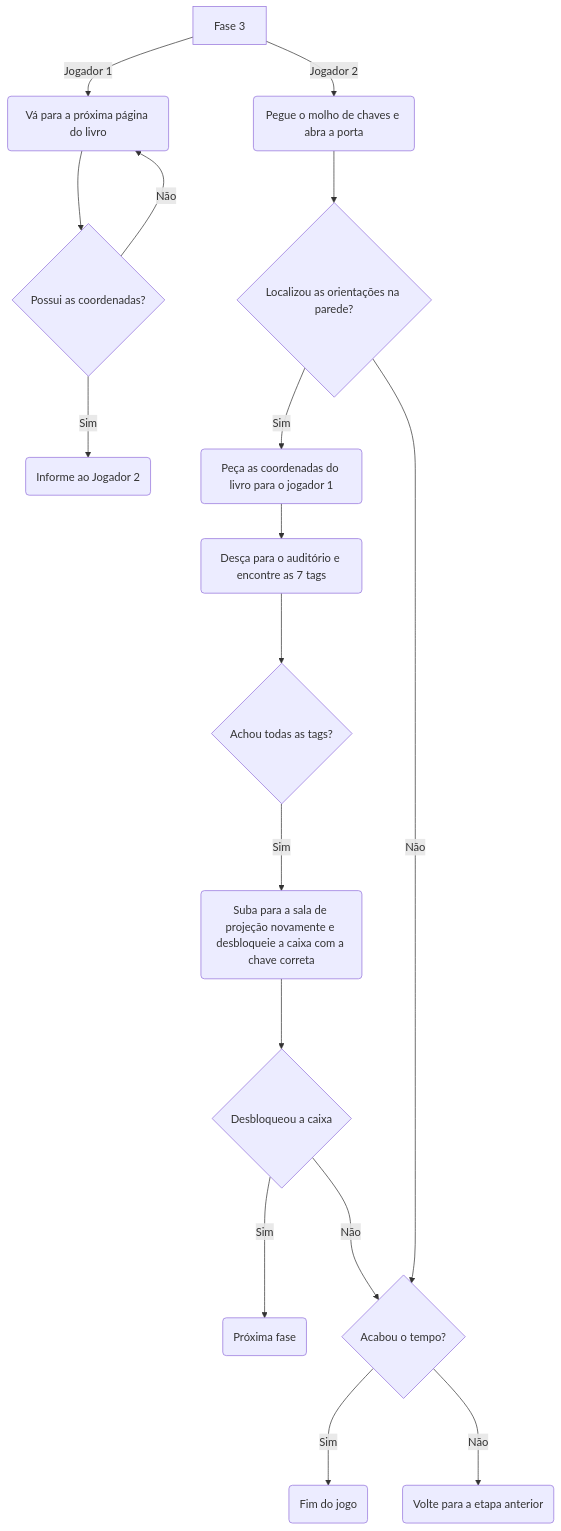
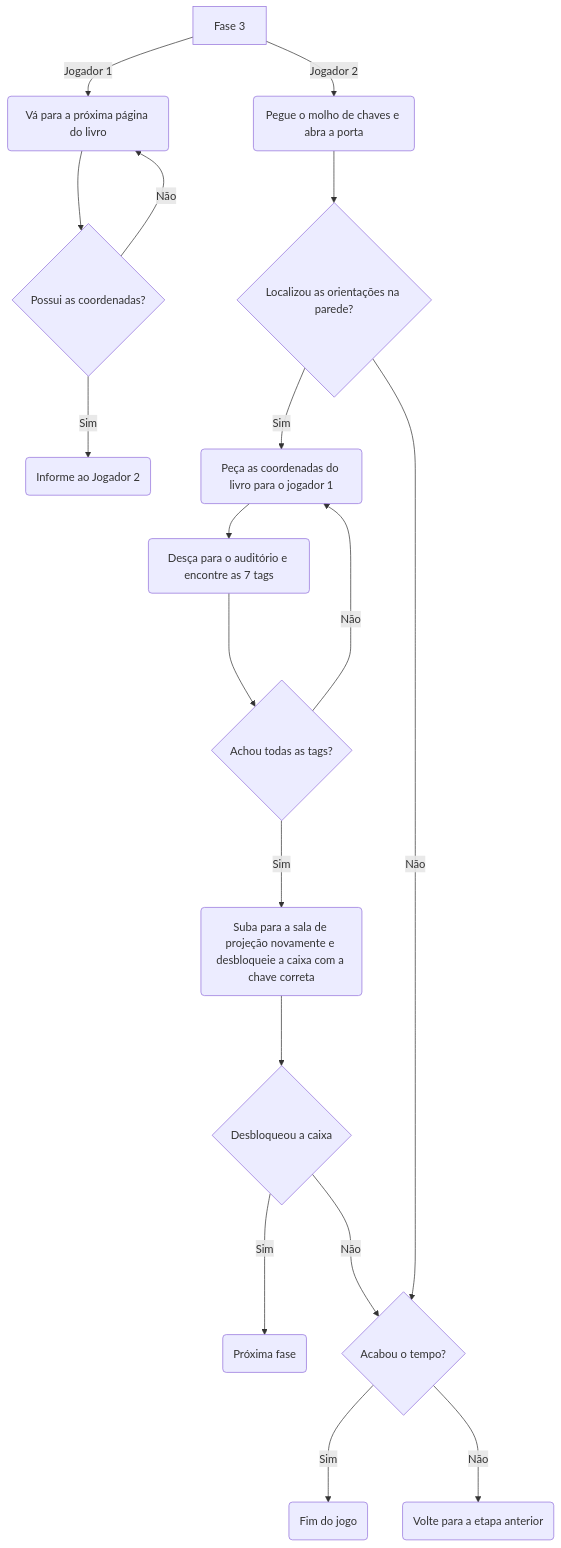
The fourth of 4 diagrams in README.md (DinamicCreative/EscapeRoom), drawn with Mermaid before and after one commit.

````diff
--- a/README.md
+++ b/README.md
@@ -110,25 +110,27 @@
 ```mermaid
 flowchart TD
   AA[Fase 3]
   AA --> |Jogador 1| BB(Vá para a próxima página do livro)
   AA --> |Jogador 2| CC(Pegue o molho de chaves e abra a porta)
   CC --> DD{Localizou as orientações na parede?}
  
  DD --> |Sim| LL(Peça as coordenadas do livro para o jogador 1)
 DD --> |Não| HH
 
 
  LL --> AAA(Desça para o auditório e encontre as 7 tags)
  AAA ---> BBB{Achou todas as tags?}
+ BBB ---> |Não| LL
  BBB ---> |Sim| CCC(Suba para a sala de projeção novamente e desbloqueie a caixa com a chave correta)
  CCC ---> DDD{Desbloqueou a caixa}
  DDD ---> |Sim| EEE(Próxima fase)
  DDD ---> |Não| HH
  HH{Acabou o tempo?} ---> |Sim| FF(Fim do jogo)
  HH ---> |Não| GG(Volte para a etapa anterior)
 
 BB --> RR{Possui as coordenadas?}
 RR -->  |Sim| SS(Informe ao Jogador 2)
 RR -->  |Não| BB
 
+
 ```
````
